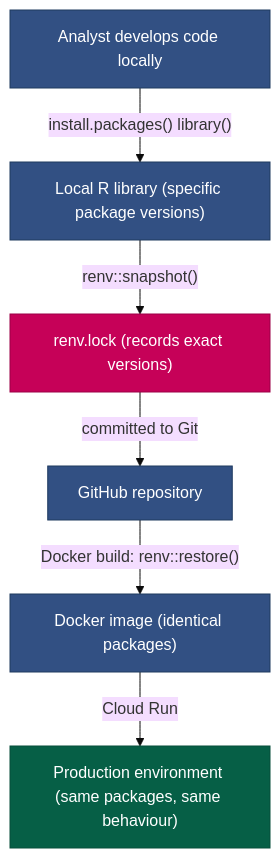
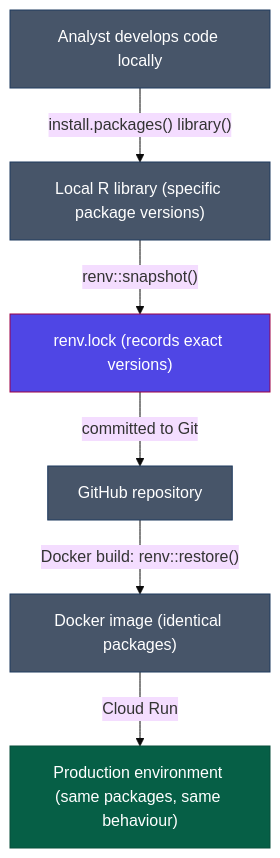
One commit to Ch3w3y/docker_gcp changed the first of 2 diagrams in docs/version-management.md. Above: the diagram before and after it, drawn with Mermaid (base theme). The commit also changed other lines of this file and 12 other files, not shown here.

````diff
--- a/docs/version-management.md
+++ b/docs/version-management.md
@@ -35,16 +35,16 @@
 ```mermaid
 flowchart TD
     DEV["Analyst develops code locally"]
     DEV -->|"install.packages() library()"| LOCAL_LIB["Local R library (specific package versions)"]
     LOCAL_LIB -->|"renv::snapshot()"| LOCK["renv.lock (records exact versions)"]
     LOCK -->|"committed to Git"| GITHUB["GitHub repository"]
     GITHUB -->|"Docker build: renv::restore()"| IMAGE["Docker image (identical packages)"]
     IMAGE -->|"Cloud Run"| PROD["Production environment (same packages, same behaviour)"]
 
-    style LOCK fill:#c60158,stroke:#9b0146,color:#ffffff
-    style DEV fill:#325083,stroke:#1e3a5f,color:#ffffff
-    style LOCAL_LIB fill:#325083,stroke:#1e3a5f,color:#ffffff
-    style GITHUB fill:#325083,stroke:#1e3a5f,color:#ffffff
-    style IMAGE fill:#325083,stroke:#1e3a5f,color:#ffffff
+    style LOCK fill:#4f46e5,stroke:#9b0146,color:#ffffff
+    style DEV fill:#475569,stroke:#1e3a5f,color:#ffffff
+    style LOCAL_LIB fill:#475569,stroke:#1e3a5f,color:#ffffff
+    style GITHUB fill:#475569,stroke:#1e3a5f,color:#ffffff
+    style IMAGE fill:#475569,stroke:#1e3a5f,color:#ffffff
     style PROD fill:#065f46,stroke:#064e3b,color:#ffffff
 ```
````
